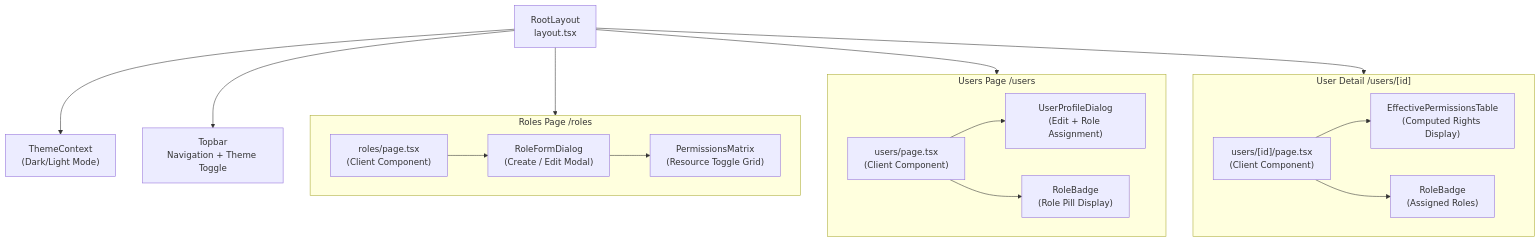
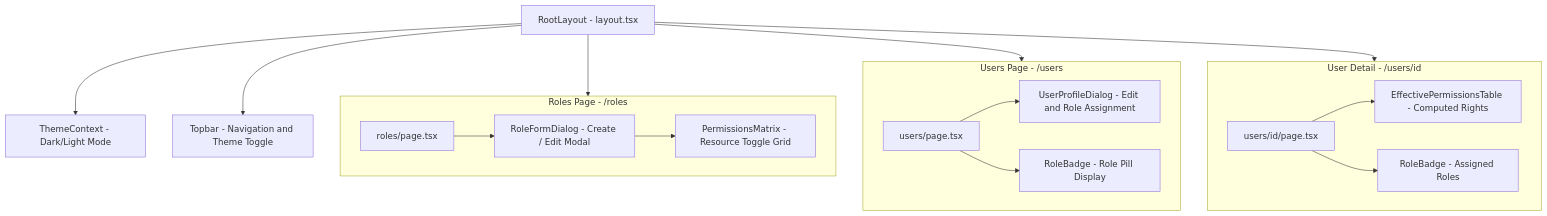
The fourth of 4 diagrams in Architecture.md (SubratGupta0506/workbench), drawn with Mermaid before and after one commit. The commit also changed other lines of this file, not shown here.

Commit message:
Solved the rendering issue in the Architecture

````diff
--- a/Architecture.md
+++ b/Architecture.md
@@ -303,37 +299,37 @@
 ```mermaid
 graph TD
-    Layout["RootLayout\nlayout.tsx"]
-    Theme["ThemeContext\n(Dark/Light Mode)"]
-    Topbar["Topbar\nNavigation + Theme Toggle"]
+    Layout[RootLayout - layout.tsx]
+    Theme[ThemeContext - Dark/Light Mode]
+    Topbar[Topbar - Navigation and Theme Toggle]
 
     Layout --> Theme
     Layout --> Topbar
 
-    subgraph RolesPage["Roles Page /roles"]
-        RP["roles/page.tsx\n(Client Component)"]
-        RFD["RoleFormDialog\n(Create / Edit Modal)"]
-        PM["PermissionsMatrix\n(Resource Toggle Grid)"]
+    subgraph RolesPage[Roles Page - /roles]
+        RP[roles/page.tsx]
+        RFD[RoleFormDialog - Create / Edit Modal]
+        PM[PermissionsMatrix - Resource Toggle Grid]
         RP --> RFD
         RFD --> PM
     end
 
-    subgraph UsersPage["Users Page /users"]
-        UP["users/page.tsx\n(Client Component)"]
-        UPD["UserProfileDialog\n(Edit + Role Assignment)"]
-        RB["RoleBadge\n(Role Pill Display)"]
+    subgraph UsersPage[Users Page - /users]
+        UP[users/page.tsx]
+        UPD[UserProfileDialog - Edit and Role Assignment]
+        RB[RoleBadge - Role Pill Display]
         UP --> UPD
         UP --> RB
     end
 
-    subgraph UserDetailPage["User Detail /users/[id]"]
-        UD["users/[id]/page.tsx\n(Client Component)"]
-        EPT["EffectivePermissionsTable\n(Computed Rights Display)"]
-        RB2["RoleBadge\n(Assigned Roles)"]
+    subgraph UserDetailPage[User Detail - /users/id]
+        UD[users/id/page.tsx]
+        EPT[EffectivePermissionsTable - Computed Rights]
+        RB2[RoleBadge - Assigned Roles]
         UD --> EPT
         UD --> RB2
     end
 
     Layout --> RolesPage
     Layout --> UsersPage
     Layout --> UserDetailPage
 ```
````
